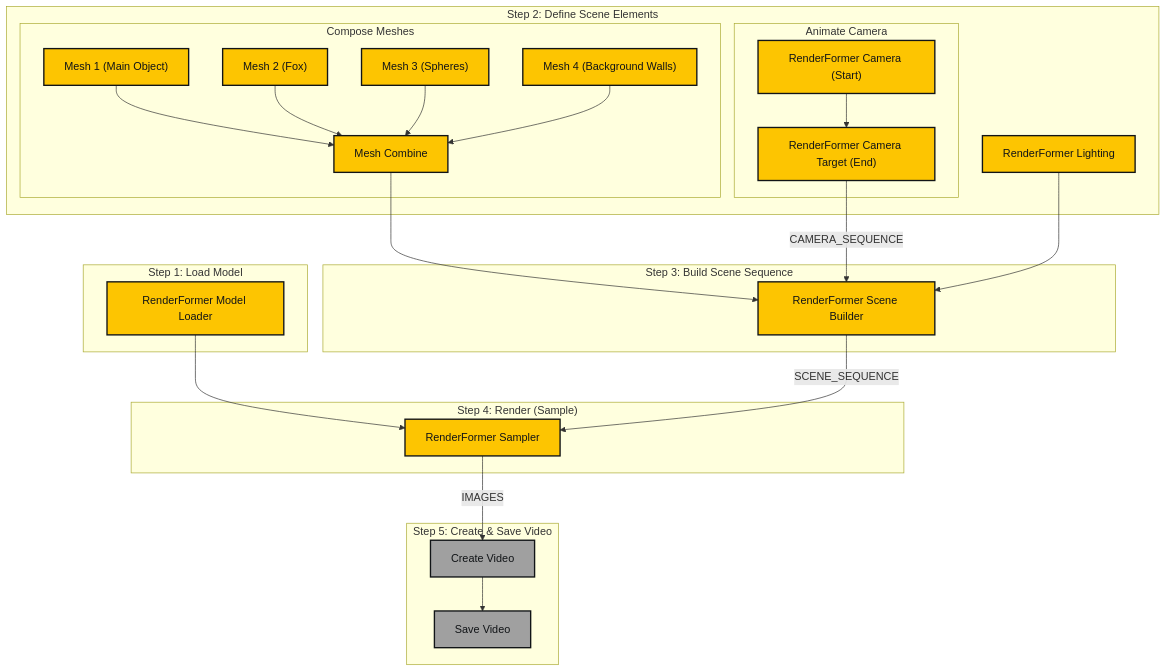
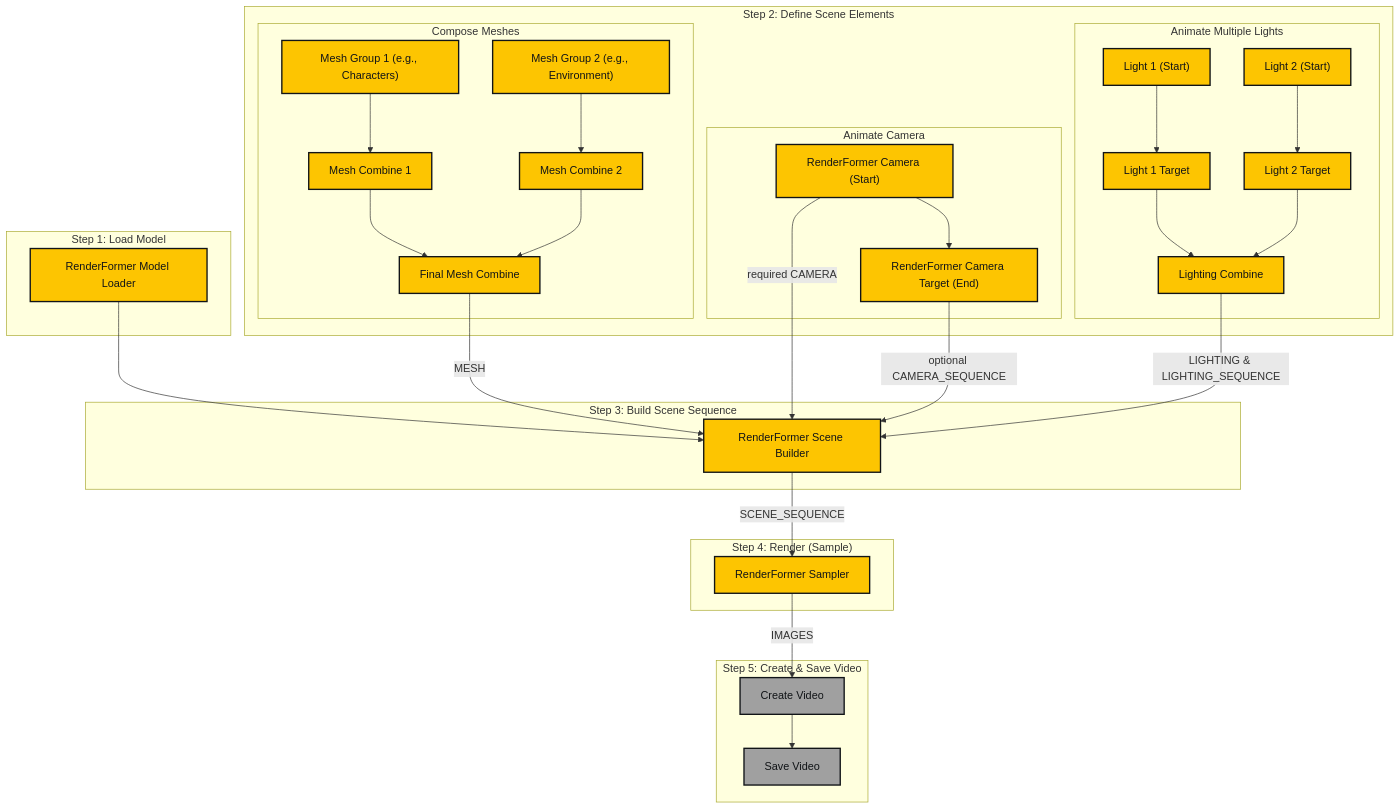
The second of 2 diagrams in README.md (paulh4x/ComfyUI_PHRenderFormerWrapper), drawn with Mermaid before and after one commit. The commit also changed other lines of this file and 7 other files, not shown here.

````diff
--- a/README.md
+++ b/README.md
@@ -77,51 +77,61 @@
 ```mermaid
 graph TD
     subgraph "Step 1: Load Model"
         A["RenderFormer Model Loader"]
     end
 
     subgraph "Step 2: Define Scene Elements"
         subgraph "Compose Meshes"
-            B1["Mesh 1 (Main Object)"] --> C["Mesh Combine"]
-            B2["Mesh 2 (Fox)"] --> C
-            B3["Mesh 3 (Spheres)"] --> C
-            B4["Mesh 4 (Background Walls)"] --> C
+            B1["Mesh Group 1 (e.g., Characters)"] --> C1["Mesh Combine 1"]
+            B2["Mesh Group 2 (e.g., Environment)"] --> C2["Mesh Combine 2"]
+            C1 --> C3["Final Mesh Combine"]
+            C2 --> C3
         end
 
         subgraph "Animate Camera"
             D1["RenderFormer Camera (Start)"] --> D2["RenderFormer Camera Target (End)"]
         end
         
-        E["RenderFormer Lighting"]
+        subgraph "Animate Multiple Lights"
+            L1_Start["Light 1 (Start)"] --> L1_Target["Light 1 Target"]
+            L2_Start["Light 2 (Start)"] --> L2_Target["Light 2 Target"]
+            L1_Target --> LC["Lighting Combine"]
+            L2_Target --> LC
+        end
     end
 
     subgraph "Step 3: Build Scene Sequence"
-        C --> F["RenderFormer Scene Builder"]
-        D2 -- CAMERA_SEQUENCE --> F
-        E --> F
+        A --> F["RenderFormer Scene Builder"]
+        C3 -- MESH --> F
+        D1 -- required CAMERA --> F
+        D2 -- optional CAMERA_SEQUENCE --> F
+        LC -- LIGHTING & LIGHTING_SEQUENCE --> F
     end
 
     subgraph "Step 4: Render (Sample)"
-        A --> G["RenderFormer Sampler"]
-        F -- SCENE_SEQUENCE --> G
+        F -- SCENE_SEQUENCE --> G["RenderFormer Sampler"]
     end
 
     subgraph "Step 5: Create & Save Video"
         G -- IMAGES --> H["Create Video"]
         H --> I["Save Video"]
     end
 
     style A fill:#FDC501,stroke:#111417,stroke-width:2px,color:#111417
     style B1 fill:#FDC501,stroke:#111417,stroke-width:2px,color:#111417
     style B2 fill:#FDC501,stroke:#111417,stroke-width:2px,color:#111417
-    style B3 fill:#FDC501,stroke:#111417,stroke-width:2px,color:#111417
-    style B4 fill:#FDC501,stroke:#111417,stroke-width:2px,color:#111417
-    style C fill:#FDC501,stroke:#111417,stroke-width:2px,color:#111417
+    style C1 fill:#FDC501,stroke:#111417,stroke-width:2px,color:#111417
+    style C2 fill:#FDC501,stroke:#111417,stroke-width:2px,color:#111417
+    style C3 fill:#FDC501,stroke:#111417,stroke-width:2px,color:#111417
     style D1 fill:#FDC501,stroke:#111417,stroke-width:2px,color:#111417
     style D2 fill:#FDC501,stroke:#111417,stroke-width:2px,color:#111417
-    style E fill:#FDC501,stroke:#111417,stroke-width:2px,color:#111417
+    style L1_Start fill:#FDC501,stroke:#111417,stroke-width:2px,color:#111417
+    style L2_Start fill:#FDC501,stroke:#111417,stroke-width:2px,color:#111417
+    style L1_Target fill:#FDC501,stroke:#111417,stroke-width:2px,color:#111417
+    style L2_Target fill:#FDC501,stroke:#111417,stroke-width:2px,color:#111417
+    style LC fill:#FDC501,stroke:#111417,stroke-width:2px,color:#111417
     style F fill:#FDC501,stroke:#111417,stroke-width:2px,color:#111417
     style G fill:#FDC501,stroke:#111417,stroke-width:2px,color:#111417
     style H fill:#a0a0a0,stroke:#111417,stroke-width:2px,color:#111417
     style I fill:#a0a0a0,stroke:#111417,stroke-width:2px,color:#111417
 ```
````
